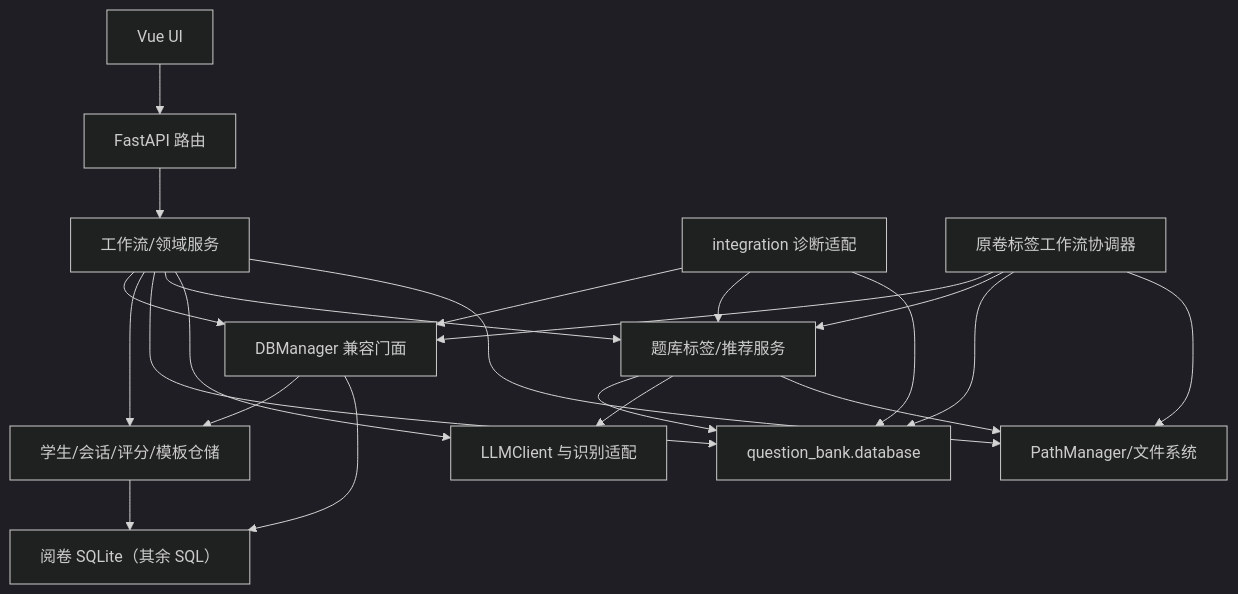
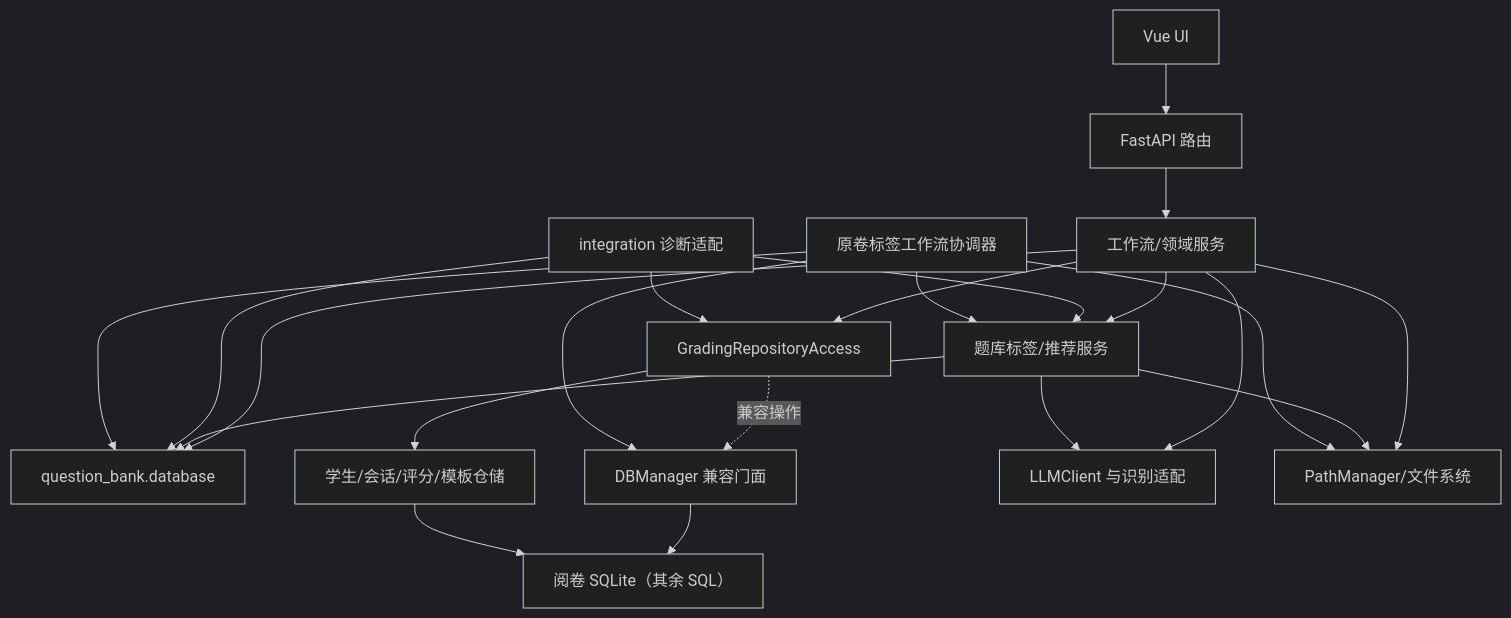
The second of 5 diagrams in ARCHITECTURE.md (Hineni412/ai-grading-system-workstation), drawn with Mermaid (dark theme) before and after one commit. The commit also changed other lines of this file and 33 other files, not shown here.

Commit message:
refactor: switch active grading callers to repositories

````diff
--- a/ARCHITECTURE.md
+++ b/ARCHITECTURE.md
@@ -183,28 +183,28 @@
 ```mermaid
 flowchart TD
     UI["Vue UI"] --> API["FastAPI 路由"]
     API --> Workflow["工作流/领域服务"]
-    Workflow --> GradingFacade["DBManager 兼容门面"]
-    Workflow --> Repositories["学生/会话/评分/模板仓储"]
+    Workflow --> RepositoryAccess["GradingRepositoryAccess"]
     Workflow --> BankData["question_bank.database"]
 
-    GradingFacade --> Repositories
+    RepositoryAccess --> Repositories["学生/会话/评分/模板仓储"]
+    RepositoryAccess -. 兼容操作 .-> GradingFacade["DBManager 兼容门面"]
     GradingFacade --> GradingData["阅卷 SQLite（其余 SQL）"]
     Repositories --> GradingData
     Workflow --> BankServices["题库标签/推荐服务"]
     Workflow --> LLM["LLMClient 与识别适配"]
     Workflow --> Paths["PathManager/文件系统"]
 
     BankServices --> BankData
     BankServices --> LLM
     BankServices --> Paths
 
-    Integration["integration 诊断适配"] --> GradingFacade
+    Integration["integration 诊断适配"] --> RepositoryAccess
     Integration --> BankServices
     Integration --> BankData
 
     PaperWorkflow["原卷标签工作流协调器"] --> GradingFacade
     PaperWorkflow --> BankServices
     PaperWorkflow --> BankData
     PaperWorkflow --> Paths
 ```
````
